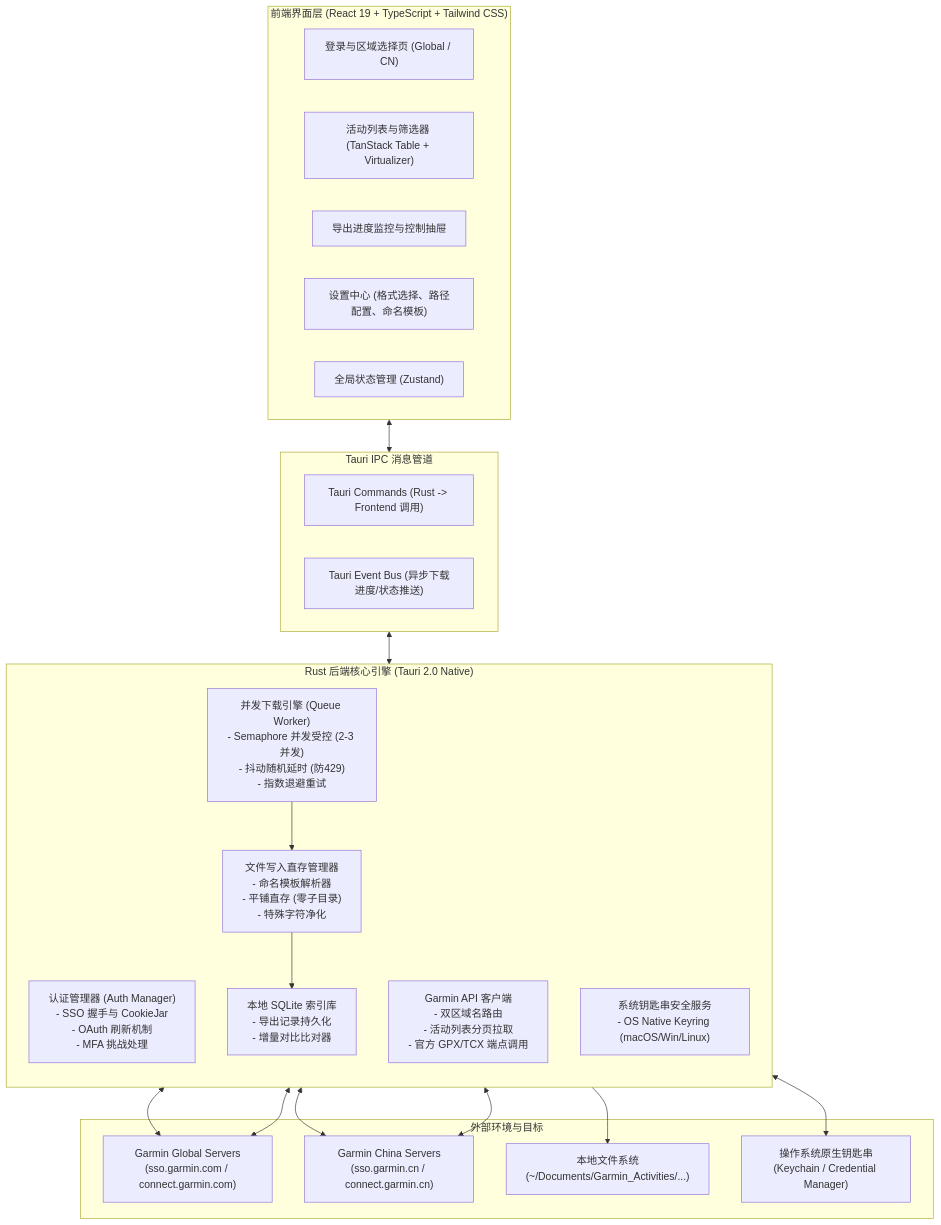
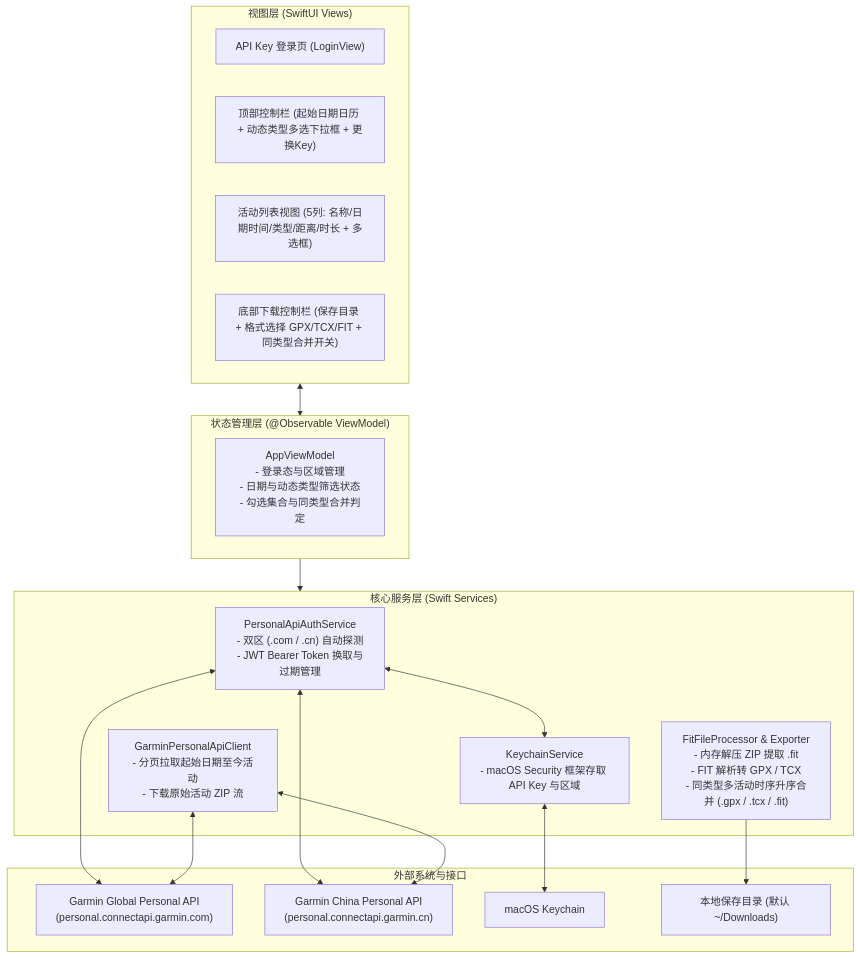
The first of 2 diagrams in DevDoc/garmin-activity-exporter/ARCHITECTURE.md (AubreyHan/PersonalDev), drawn with Mermaid before and after one commit. The commit also changed other lines of this file and 4 other files, not shown here.

Commit message:
auto-sync: 2026-11-11 21:52:09 - 5 files (modified: ARCHITECTURE.md, modified: IMPLEMENTATION_PLAN.md, +3 more)

````diff
--- a/DevDoc/garmin-activity-exporter/ARCHITECTURE.md
+++ b/DevDoc/garmin-activity-exporter/ARCHITECTURE.md
@@ -11,43 +9,37 @@
 ```mermaid
 flowchart TB
-    subgraph UI ["前端界面层 (React 19 + TypeScript + Tailwind CSS)"]
-        LoginPage["登录与区域选择页 (Global / CN)"]
-        ActivityList["活动列表与筛选器 (TanStack Table + Virtualizer)"]
-        ExportQueueView["导出进度监控与控制抽屉"]
-        SettingsModal["设置中心 (格式选择、路径配置、命名模板)"]
-        StateStore["全局状态管理 (Zustand)"]
+    subgraph UI ["视图层 (SwiftUI Views)"]
+        LoginView["API Key 登录页 (LoginView)"]
+        ToolbarView["顶部控制栏 (起始日期日历 + 动态类型多选下拉框 + 更换Key)"]
+        ActivityTableView["活动列表视图 (5列: 名称/日期时间/类型/距离/时长 + 多选框)"]
+        DownloadBarView["底部下载控制栏 (保存目录 + 格式选择 GPX/TCX/FIT + 同类型合并开关)"]
     end
 
-    subgraph IPC ["Tauri IPC 消息管道"]
-        Commands["Tauri Commands (Rust -> Frontend 调用)"]
-        Events["Tauri Event Bus (异步下载进度/状态推送)"]
+    subgraph VM ["状态管理层 (@Observable ViewModel)"]
+        AppViewModel["AppViewModel<br/>- 登录态与区域管理<br/>- 日期与动态类型筛选状态<br/>- 勾选集合与同类型合并判定"]
     end
 
-    subgraph Core ["Rust 后端核心引擎 (Tauri 2.0 Native)"]
-        direction TB
-        AuthMgr["认证管理器 (Auth Manager)<br/>- SSO 握手与 CookieJar<br/>- OAuth 刷新机制<br/>- MFA 挑战处理"]
-        GarminClient["Garmin API 客户端<br/>- 双区域名路由<br/>- 活动列表分页拉取<br/>- 官方 GPX/TCX 端点调用"]
-        QueueWorker["并发下载引擎 (Queue Worker)<br/>- Semaphore 并发受控 (2-3 并发)<br/>- 抖动随机延时 (防429)<br/>- 指数退避重试"]
-        FileExporter["文件写入直存管理器<br/>- 命名模板解析器<br/>- 平铺直存 (零子目录)<br/>- 特殊字符净化"]
-        LocalDB["本地 SQLite 索引库<br/>- 导出记录持久化<br/>- 增量对比比对器"]
-        KeyringService["系统钥匙串安全服务<br/>- OS Native Keyring (macOS/Win/Linux)"]
+    subgraph Core ["核心服务层 (Swift Services)"]
+        AuthService["PersonalApiAuthService<br/>- 双区 (.com / .cn) 自动探测<br/>- JWT Bearer Token 换取与过期管理"]
+        KeychainService["KeychainService<br/>- macOS Security 框架存取 API Key 与区域"]
+        GarminClient["GarminPersonalApiClient<br/>- 分页拉取起始日期至今活动<br/>- 下载原始活动 ZIP 流"]
+        FitProcessor["FitFileProcessor & Exporter<br/>- 内存解压 ZIP 提取 .fit<br/>- FIT 解析转 GPX / TCX<br/>- 同类型多活动时序升序合并 (.gpx / .tcx / .fit)"]
     end
 
-    subgraph External ["外部环境与目标"]
-        GarminGlobal["Garmin Global Servers<br/>(sso.garmin.com / connect.garmin.com)"]
-        GarminCN["Garmin China Servers<br/>(sso.garmin.cn / connect.garmin.cn)"]
-        LocalFS["本地文件系统<br/>(~/Documents/Garmin_Activities/...)"]
-        OSKeyring["操作系统原生钥匙串<br/>(Keychain / Credential Manager)"]
+    subgraph External ["外部系统与接口"]
+        GarminGlobal["Garmin Global Personal API<br/>(personal.connectapi.garmin.com)"]
+        GarminCN["Garmin China Personal API<br/>(personal.connectapi.garmin.cn)"]
+        MacKeychain["macOS Keychain"]
+        LocalFS["本地保存目录 (默认 ~/Downloads)"]
     end
 
-    UI <--> IPC
-    IPC <--> Core
-    AuthMgr <--> GarminGlobal
-    AuthMgr <--> GarminCN
+    UI <--> VM
+    VM --> Core
+    AuthService <--> GarminGlobal
+    AuthService <--> GarminCN
+    AuthService <--> KeychainService
+    KeychainService <--> MacKeychain
     GarminClient <--> GarminGlobal
     GarminClient <--> GarminCN
-    QueueWorker --> FileExporter
-    FileExporter --> LocalFS
-    FileExporter --> LocalDB
-    KeyringService <--> OSKeyring
+    FitProcessor --> LocalFS
 ```
````
